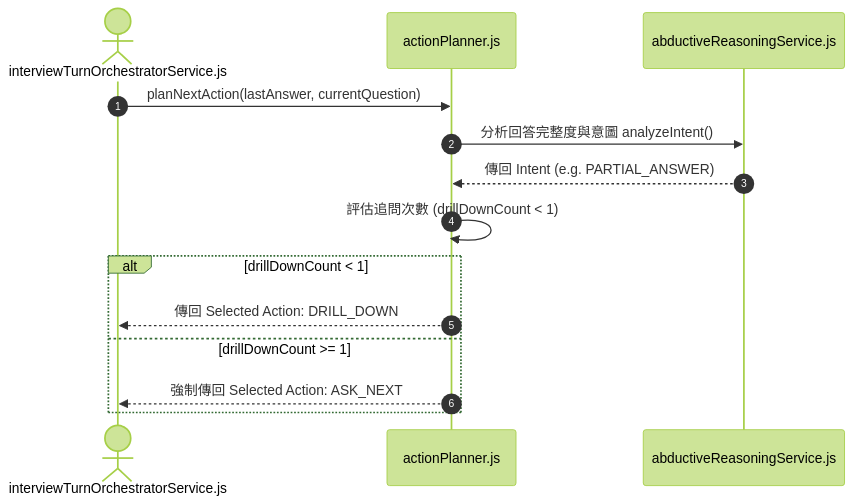
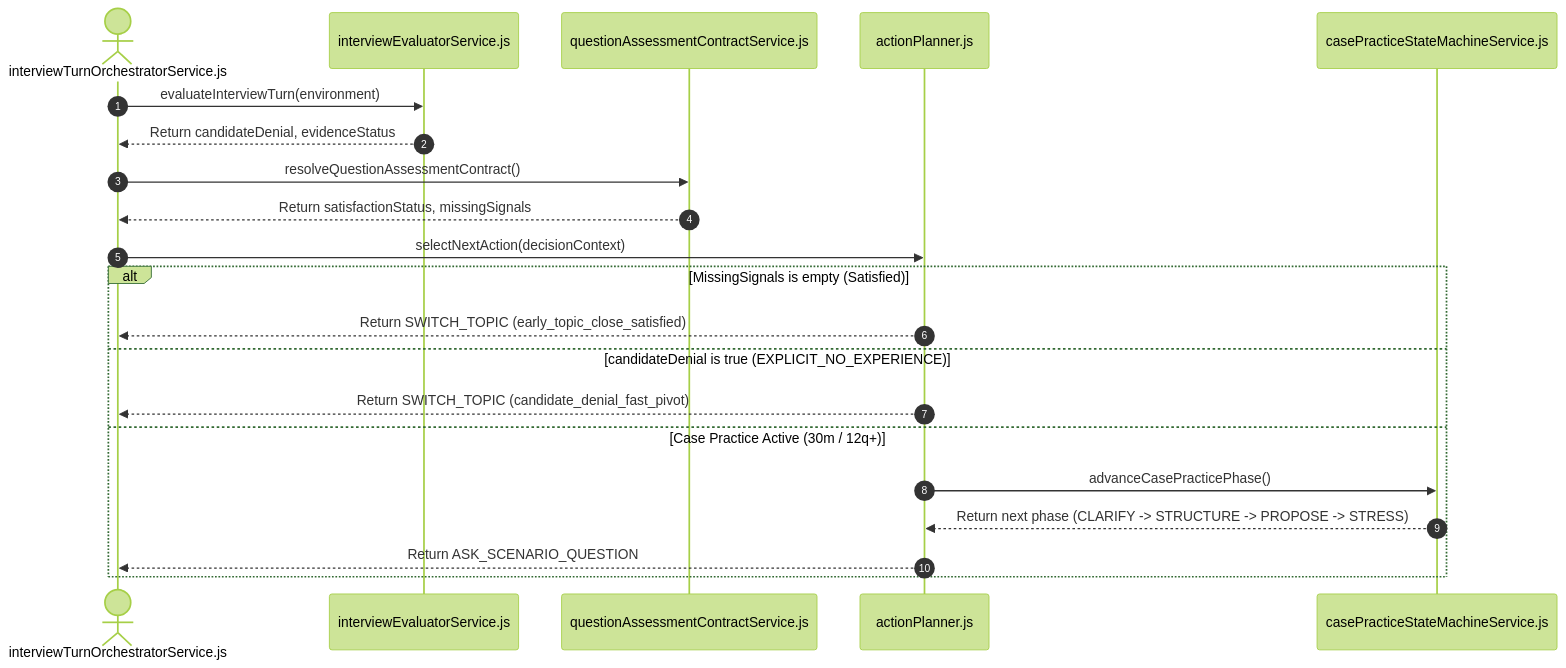
The diagram in docs/architecture-decision-records/features/F-21-abductive-action-planner.md (Alanho2025/Kiwi-AI-interview-Agent), drawn with Mermaid (forest theme) before and after one commit. The commit also changed other lines of this file and 19 other files, not shown here.

````diff
--- a/docs/architecture-decision-records/features/F-21-abductive-action-planner.md
+++ b/docs/architecture-decision-records/features/F-21-abductive-action-planner.md
@@ -55,17 +59,24 @@
 ```mermaid
 sequenceDiagram
     autonumber
     actor Turn as interviewTurnOrchestratorService.js
+    participant Evaluator as interviewEvaluatorService.js
+    participant Contract as questionAssessmentContractService.js
     participant Planner as actionPlanner.js
-    participant Abductive as abductiveReasoningService.js
+    participant CaseState as casePracticeStateMachineService.js
 
-    Turn->>Planner: planNextAction(lastAnswer, currentQuestion)
-    Planner->>Abductive: 分析回答完整度與意圖 analyzeIntent()
-    Abductive-->>Planner: 傳回 Intent (e.g. PARTIAL_ANSWER)
-    Planner->>Planner: 評估追問次數 (drillDownCount < 1)
-    alt drillDownCount < 1
-        Planner-->>Turn: 傳回 Selected Action: DRILL_DOWN
-    else drillDownCount >= 1
-        Planner-->>Turn: 強制傳回 Selected Action: ASK_NEXT
+    Turn->>Evaluator: evaluateInterviewTurn(environment)
+    Evaluator-->>Turn: Return candidateDenial, evidenceStatus
+    Turn->>Contract: resolveQuestionAssessmentContract()
+    Contract-->>Turn: Return satisfactionStatus, missingSignals
+    Turn->>Planner: selectNextAction(decisionContext)
+    alt MissingSignals is empty (Satisfied)
+        Planner-->>Turn: Return SWITCH_TOPIC (early_topic_close_satisfied)
+    else candidateDenial is true (EXPLICIT_NO_EXPERIENCE)
+        Planner-->>Turn: Return SWITCH_TOPIC (candidate_denial_fast_pivot)
+    else Case Practice Active (30m / 12q+)
+        Planner->>CaseState: advanceCasePracticePhase()
+        CaseState-->>Planner: Return next phase (CLARIFY -> STRUCTURE -> PROPOSE -> STRESS)
+        Planner-->>Turn: Return ASK_SCENARIO_QUESTION
     end
 ```
````
